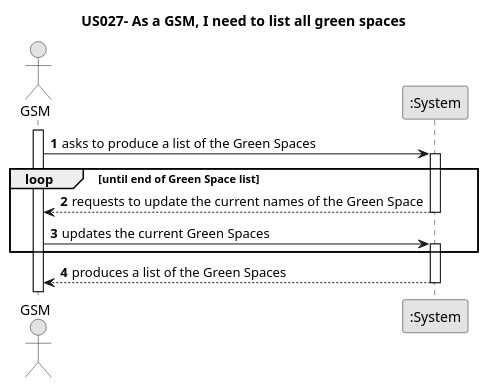
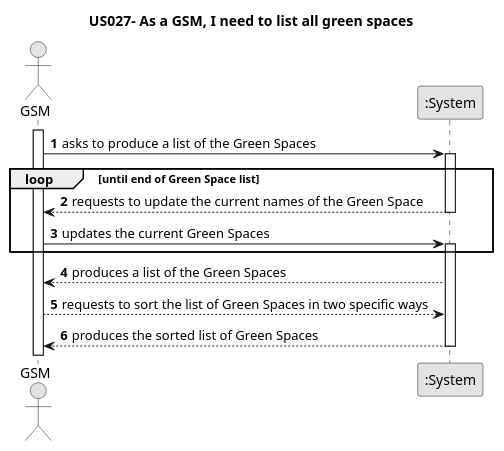
One commit to Departamento-de-Engenharia-Informatica/lei-24-s2-1dm-g132 changed the diagram in docs/sprintC/us027/01.requirements-engineering/puml/us027-system-sequence-diagram.puml. Above: the diagram before and after it, drawn with PlantUML. The commit also changed 21 other files, not shown here.

```diff
--- a/docs/sprintC/us027/01.requirements-engineering/puml/us027-system-sequence-diagram.puml
+++ b/docs/sprintC/us027/01.requirements-engineering/puml/us027-system-sequence-diagram.puml
@@ -2,28 +2,30 @@
 @startuml
 skinparam monochrome true
 skinparam packageStyle rectangle
 skinparam shadowing false
 
 title US027- As a GSM, I need to list all green spaces
 
 autonumber
 
 actor "GSM" as GSM
 participant ":System" as System
 
 activate GSM
 
     GSM -> System : asks to produce a list of the Green Spaces
     activate System
 
     loop until end of Green Space list
     System --> GSM : requests to update the current names of the Green Space
     deactivate System
     GSM -> System : updates the current Green Spaces
     activate System
     end
 
     System --> GSM : produces a list of the Green Spaces
+    GSM --> System : requests to sort the list of Green Spaces in two specific ways
+    System --> GSM : produces the sorted list of Green Spaces
     deactivate System
 
 @enduml
```
